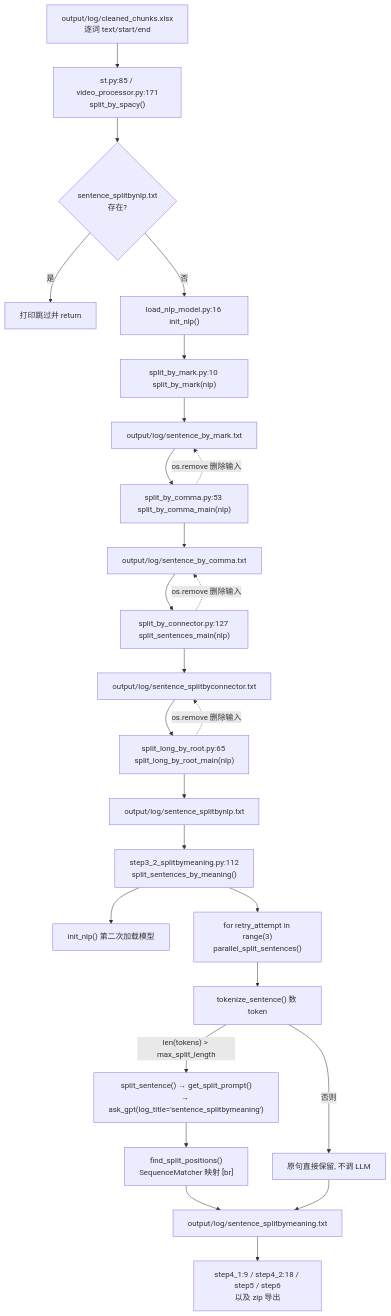
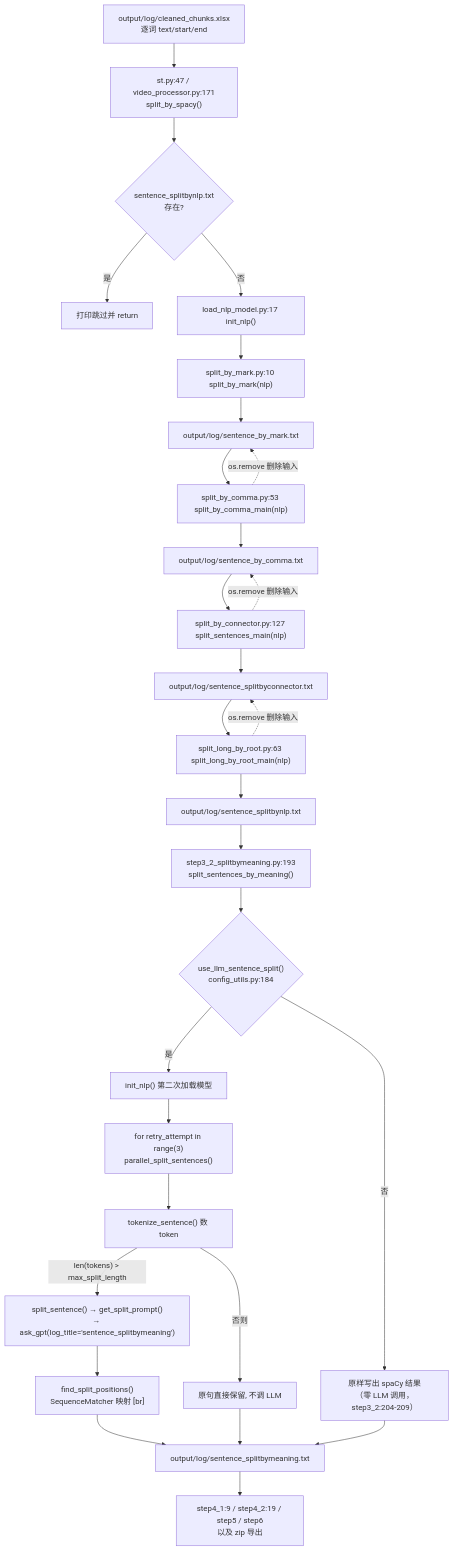
The diagram in devdocs/02-pipeline/03-句子切分NLP.md (Brzjomo/VideoLingoMove), drawn with Mermaid before and after one commit. The commit also changed other lines of this file and 30 other files, not shown here.

````diff
--- a/devdocs/02-pipeline/03-句子切分NLP.md
+++ b/devdocs/02-pipeline/03-句子切分NLP.md
@@ -54,28 +54,31 @@
 ```mermaid
 flowchart TD
     X["output/log/cleaned_chunks.xlsx<br/>逐词 text/start/end"] --> ENT
-    ENT["st.py:85 / video_processor.py:171<br/>split_by_spacy()"] --> IDEM{"sentence_splitbynlp.txt<br/>存在?"}
+    ENT["st.py:47 / video_processor.py:171<br/>split_by_spacy()"] --> IDEM{"sentence_splitbynlp.txt<br/>存在?"}
     IDEM -- 是 --> SKIP["打印跳过并 return"]
-    IDEM -- 否 --> INIT["load_nlp_model.py:16 init_nlp()"]
+    IDEM -- 否 --> INIT["load_nlp_model.py:17 init_nlp()"]
     INIT --> M["split_by_mark.py:10 split_by_mark(nlp)"]
     M --> F1["output/log/sentence_by_mark.txt"]
     F1 --> C["split_by_comma.py:53 split_by_comma_main(nlp)"]
     C -.->|"os.remove 删除输入"| F1
     C --> F2["output/log/sentence_by_comma.txt"]
     F2 --> N["split_by_connector.py:127 split_sentences_main(nlp)"]
     N -.->|"os.remove 删除输入"| F2
     N --> F3["output/log/sentence_splitbyconnector.txt"]
-    F3 --> R["split_long_by_root.py:65 split_long_by_root_main(nlp)"]
+    F3 --> R["split_long_by_root.py:63 split_long_by_root_main(nlp)"]
     R -.->|"os.remove 删除输入"| F3
     R --> F4["output/log/sentence_splitbynlp.txt"]
-    F4 --> SM["step3_2_splitbymeaning.py:112<br/>split_sentences_by_meaning()"]
-    SM --> INIT2["init_nlp() 第二次加载模型"]
-    SM --> RETRY["for retry_attempt in range(3)<br/>parallel_split_sentences()"]
+    F4 --> SM["step3_2_splitbymeaning.py:193<br/>split_sentences_by_meaning()"]
+    SM --> GATE{"use_llm_sentence_split()<br/>config_utils.py:184"}
+    GATE -- 否 --> COPY["原样写出 spaCy 结果<br/>（零 LLM 调用，step3_2:204-209）"]
+    GATE -- 是 --> INIT2["init_nlp() 第二次加载模型"]
+    INIT2 --> RETRY["for retry_attempt in range(3)<br/>parallel_split_sentences()"]
     RETRY --> TOK["tokenize_sentence() 数 token"]
     TOK -- "len(tokens) &gt; max_split_length" --> LLM["split_sentence() → get_split_prompt()<br/>→ ask_gpt(log_title='sentence_splitbymeaning')"]
     TOK -- "否则" --> KEEP["原句直接保留, 不调 LLM"]
     LLM --> FSP["find_split_positions()<br/>SequenceMatcher 映射 [br]"]
     FSP --> OUT["output/log/sentence_splitbymeaning.txt"]
     KEEP --> OUT
-    OUT --> D["step4_1:9 / step4_2:18 / step5 / step6<br/>以及 zip 导出"]
+    COPY --> OUT
+    OUT --> D["step4_1:9 / step4_2:19 / step5 / step6<br/>以及 zip 导出"]
 ```
````
